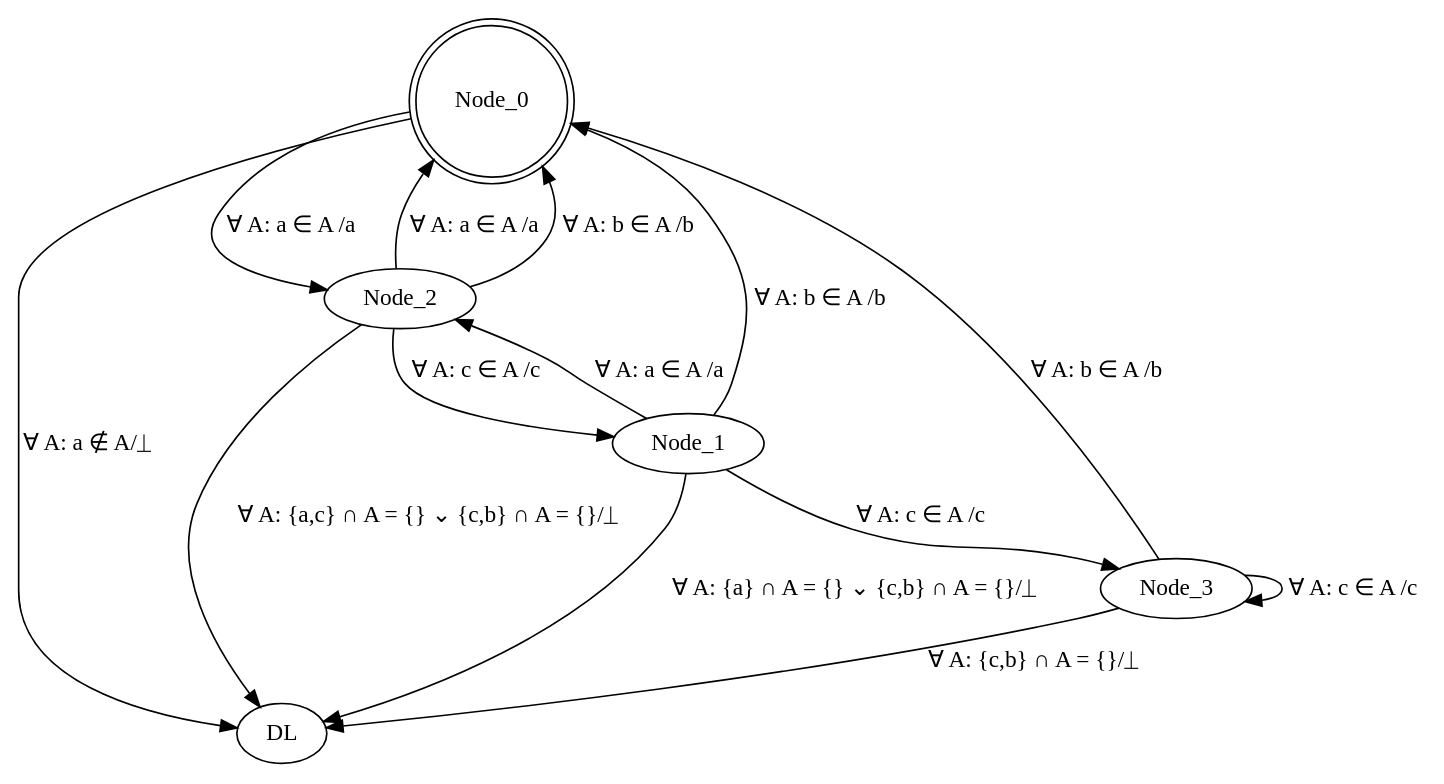
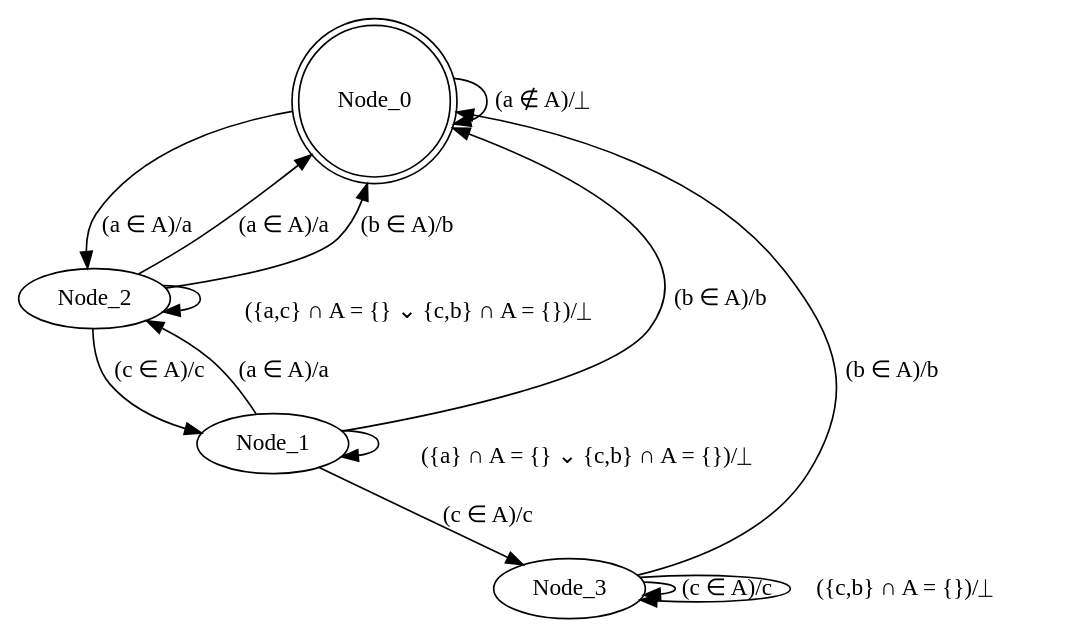
One commit to peleska/csp-testing-2018 changed the diagram in fsm0.dot. Above: the diagram before and after it, drawn with Graphviz. The commit also changed 9 other files, not shown here.

```diff
--- a/fsm0.dot
+++ b/fsm0.dot
@@ -1,29 +1,28 @@
 digraph g {
 
 
 Node_0[shape=doublecircle];
 Node_2;
 Node_1;
 Node_3;
-DL;
 
-Node_0 -> Node_2[label="∀ A: a ∈ A /a"];
-Node_0 -> DL[label="∀ A: a ∉ A/⏊"];
+Node_0 -> Node_2[label="(a ∈ A)/a"];
+Node_0 -> Node_0[label=" (a ∉ A)/⏊"];
 
-Node_2 -> Node_0[label="∀ A: a ∈ A /a"];
-Node_2 -> Node_0[label="∀ A: b ∈ A /b"];
-Node_2 -> Node_1[label="∀ A: c ∈ A /c"];
-Node_2 -> DL[label="∀ A: {a,c} ∩ A = {} ⌄ {c,b} ∩ A = {}/⏊"];
+Node_2 -> Node_0[label="(a ∈ A)/a"];
+Node_2 -> Node_0[label="(b ∈ A)/b"];
+Node_2 -> Node_1[label="(c ∈ A)/c"];
+Node_2 -> Node_2[label="\l ({a,c} ∩ A = {} ⌄ {c,b} ∩ A = {})/⏊"];
 
-Node_1 -> Node_2[label="∀ A: a ∈ A /a"];
-Node_1 -> Node_0[label="∀ A: b ∈ A /b"];
-Node_1 -> Node_3[label="∀ A: c ∈ A /c"];
-Node_1 -> DL[label="∀ A: {a} ∩ A = {} ⌄ {c,b} ∩ A = {}/⏊"];
+Node_1 -> Node_2[label="(a ∈ A)/a"];
+Node_1 -> Node_0[label=" (b ∈ A)/b"];
+Node_1 -> Node_3[label="(c ∈ A)/c"];
+Node_1 -> Node_1[label="\l ({a} ∩ A = {} ⌄ {c,b} ∩ A = {})/⏊"];
 
-Node_3 -> Node_3[label="∀ A: c ∈ A /c"];
-Node_3 -> Node_0[label="∀ A: b ∈ A /b"];
-Node_3 -> DL[label="∀ A: {c,b} ∩ A = {}/⏊"];
+Node_3 -> Node_3[label="(c ∈ A)/c  "];
+Node_3 -> Node_0[label=" (b ∈ A)/b"];
+Node_3 -> Node_3[label=" ({c,b} ∩ A = {})/⏊"];
 
 
 
 }
```
